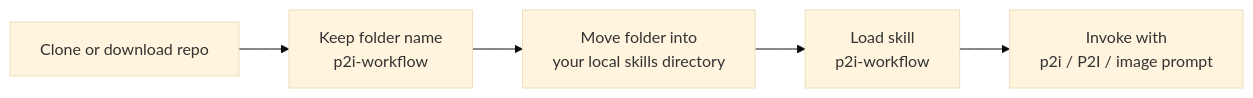
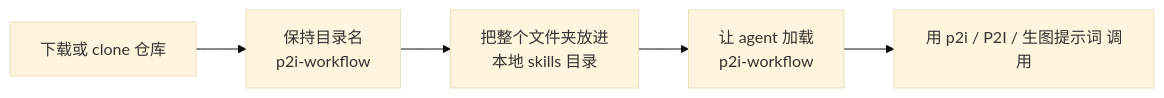
The second of 2 diagrams in README.md (waw666waw666/p2i-workflow-cn), drawn with Mermaid (base theme) before and after one commit. The commit also changed other lines of this file and 3 other files, not shown here.

````diff
--- a/README.md
+++ b/README.md
@@ -53,7 +53,7 @@
 ```mermaid
 flowchart LR
-    A["Clone or download repo"] --> B["Keep folder name<br/>p2i-workflow"]
-    B --> C["Move folder into<br/>your local skills directory"]
-    C --> D["Load skill<br/>p2i-workflow"]
-    D --> E["Invoke with<br/>p2i / P2I / image prompt"]
+    A["下载或 clone 仓库"] --> B["保持目录名<br/>p2i-workflow"]
+    B --> C["把整个文件夹放进<br/>本地 skills 目录"]
+    C --> D["让 agent 加载<br/>p2i-workflow"]
+    D --> E["用 p2i / P2I / 生图提示词 调用"]
 ```
````
